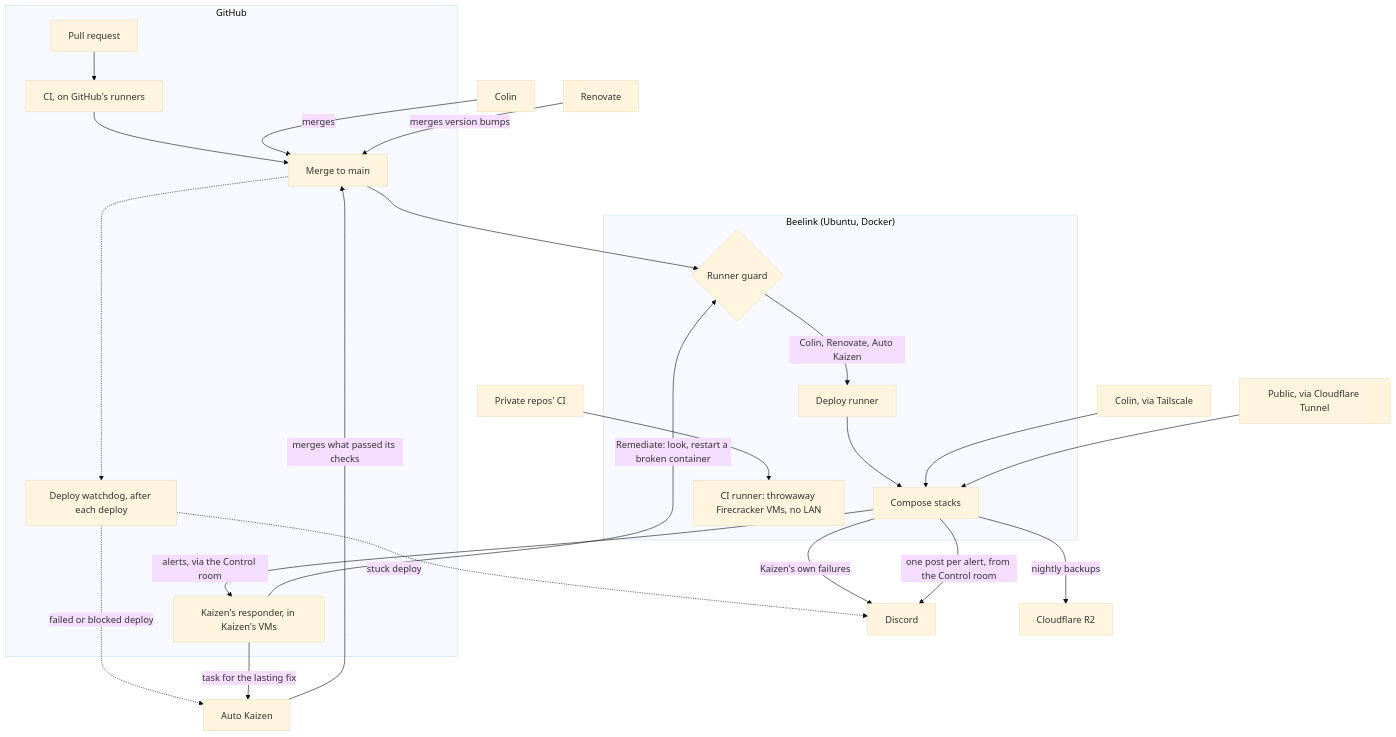
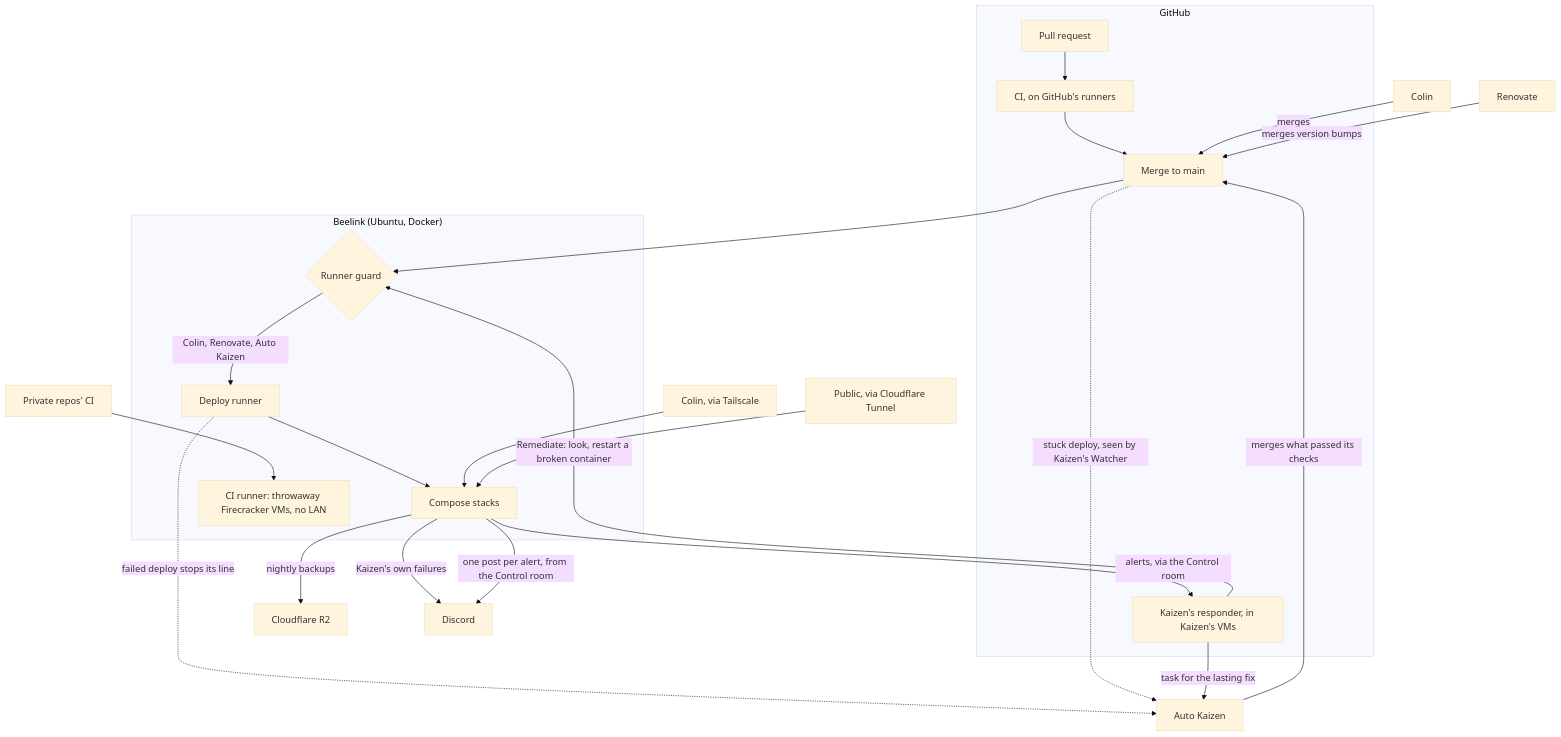
The diagram in docs/architecture.md (ColinCee/homelab), drawn with Mermaid (base theme) before and after one commit. The commit also changed 9 other files, not shown here.

First line of the commit message:
Retire the deploy and Kaizen watchdogs (#1159)

````diff
--- a/docs/architecture.md
+++ b/docs/architecture.md
@@ -5,31 +5,29 @@
 ```mermaid
 flowchart TB
   subgraph GitHub
     pr[Pull request] --> ci[CI, on GitHub's runners]
     ci --> main[Merge to main]
-    watchdog[Deploy watchdog, after each deploy]
     responder[Kaizen's responder, in Kaizen's VMs]
   end
   subgraph Beelink["Beelink (Ubuntu, Docker)"]
     guard{Runner guard}
     deploy[Deploy runner]
     stacks[Compose stacks]
     cirunner[CI runner: throwaway Firecracker VMs, no LAN]
   end
   colin[Colin] -->|merges| main
   renovate[Renovate] -->|merges version bumps| main
   kaizen[Auto Kaizen] -->|merges what passed its checks| main
   main --> guard -->|Colin, Renovate, Auto Kaizen| deploy --> stacks
-  main -.-> watchdog
-  watchdog -.->|failed or blocked deploy| kaizen
-  watchdog -.->|stuck deploy| discord
+  deploy -.->|failed deploy stops its line| kaizen
+  main -.->|stuck deploy, seen by Kaizen's Watcher| kaizen
   privaterepos[Private repos' CI] --> cirunner
   you[Colin, via Tailscale] --> stacks
   public[Public, via Cloudflare Tunnel] --> stacks
   stacks -->|nightly backups| r2[Cloudflare R2]
   stacks -->|Kaizen's own failures| discord[Discord]
   stacks -->|alerts, via the Control room| responder
   stacks -->|one post per alert, from the Control room| discord
   responder -->|Remediate: look, restart a broken container| guard
   responder -->|task for the lasting fix| kaizen
 ```
````
